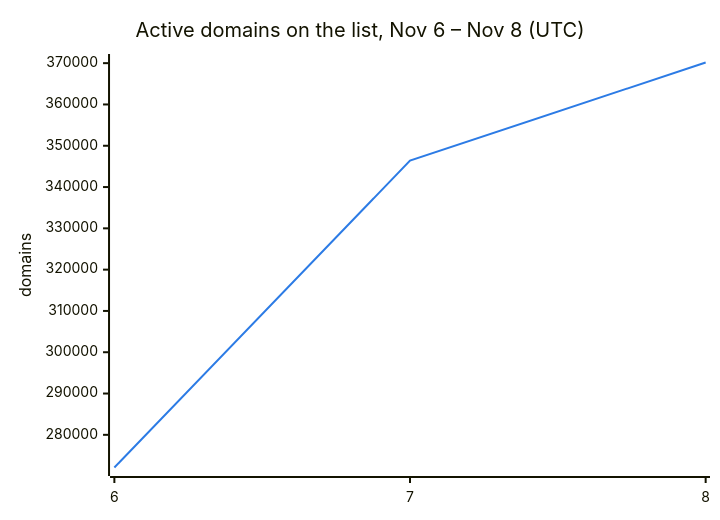
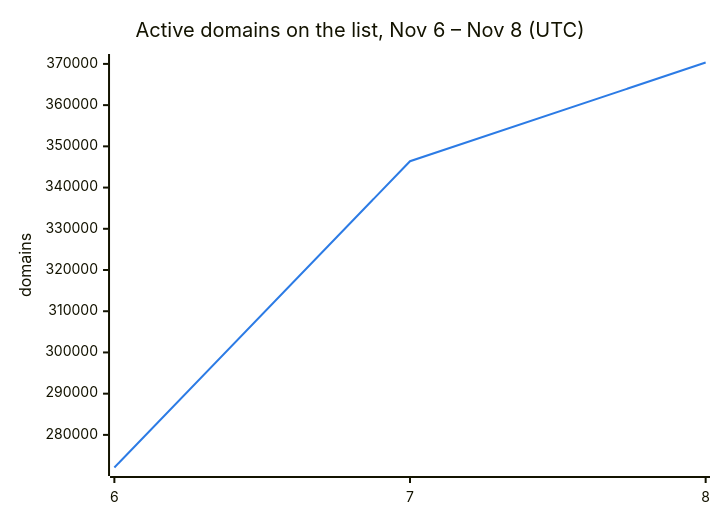
The second of 3 diagrams in README.md (DNSBunker/CTI), drawn with Mermaid before and after one commit. The commit also changed other lines of this file and 3 other files, not shown here.

````diff
--- a/README.md
+++ b/README.md
@@ -38,8 +38,8 @@
 ```mermaid
 %%{init: {"themeVariables": {"xyChart": {"plotColorPalette": "#2c7be5"}}}}%%
 xychart-beta
     title "Active domains on the list, Nov 6 – Nov 8 (UTC)"
     x-axis ["6", "7", "8"]
     y-axis "domains"
-    line [272088, 346388, 370160]
+    line [272088, 346388, 370342]
 ```
````
